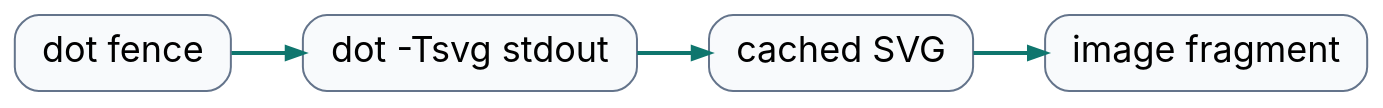
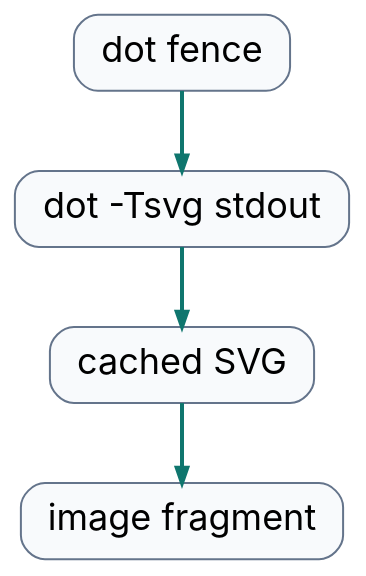
Before and after one commit to mizzy/peitho: the second of 3 diagrams in examples/code-images/deck.md, drawn with Graphviz. The commit also changed other lines of this file, not shown here.

Commit message:
Fix code_images example diagrams

````diff
--- a/examples/code-images/deck.md
+++ b/examples/code-images/deck.md
@@ -30,22 +30,22 @@
 ```dot
 digraph Peitho {
-  graph [rankdir=LR, bgcolor="transparent", pad="0.2"];
+  graph [rankdir=TB, bgcolor="transparent", pad="0.2", nodesep="0.45", ranksep="0.55"];
   node [
     shape=box,
     style="rounded,filled",
     color="#64748b",
     fillcolor="#f8fafc",
     fontname="Inter",
     fontsize=18,
     margin="0.18,0.12"
   ];
-  edge [color="#0f766e", penwidth=2, arrowsize=0.8];
+  edge [color="#0f766e", penwidth=2, arrowsize=0.75];
 
   code [label="dot fence"];
   stdout [label="dot -Tsvg stdout"];
   cache [label="cached SVG"];
   image [label="image fragment"];
 
   code -> stdout -> cache -> image;
 }
 ```
````
